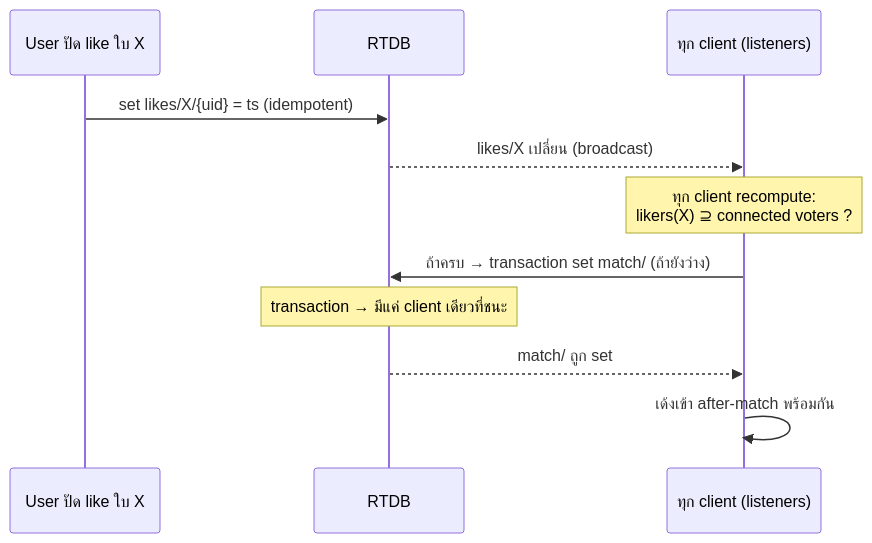
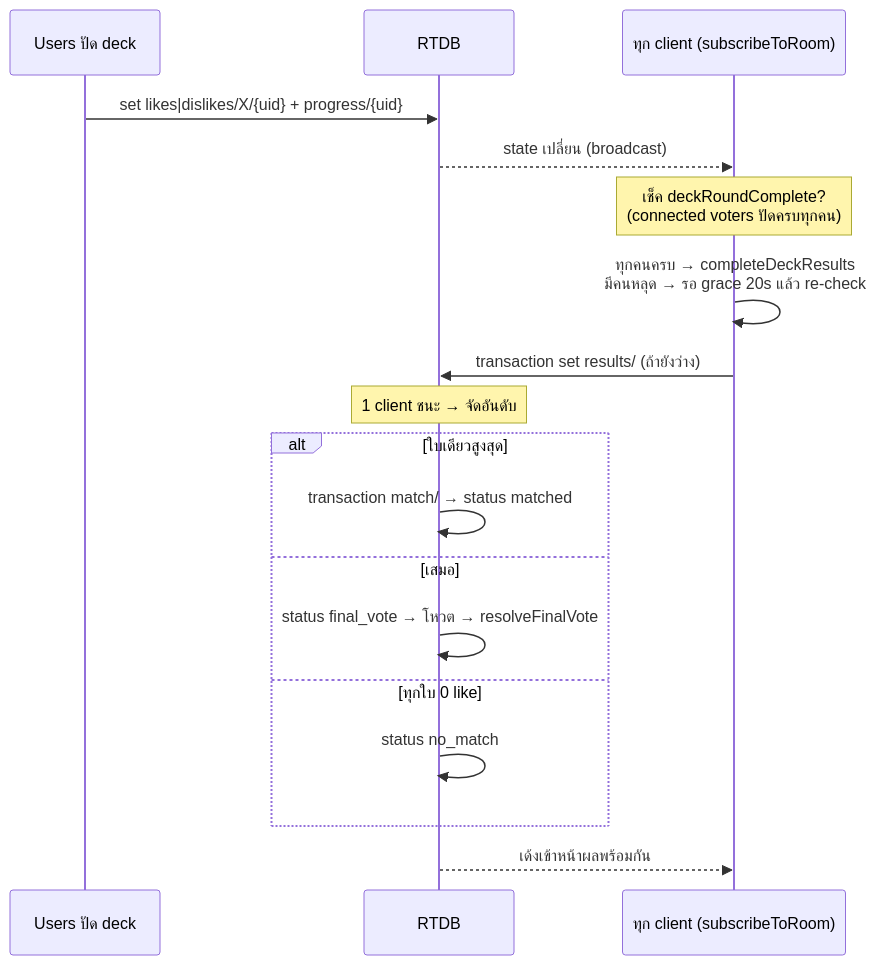
The second of 2 diagrams in .claude/wiki.md (SennaLabs/kin-rai-dee), drawn with Mermaid before and after one commit. The commit also changed other lines of this file and 11 other files, not shown here.

First line of the commit message:
refactor: remove room/restaurant hooks; harden round completion

````diff
--- a/.claude/wiki.md
+++ b/.claude/wiki.md
@@ -239,14 +262,21 @@
 ```mermaid
 sequenceDiagram
-    participant U as User ปัด like ใบ X
+    participant U as Users ปัด deck
     participant DB as RTDB
-    participant All as ทุก client (listeners)
+    participant All as ทุก client (subscribeToRoom)
 
-    U->>DB: set likes/X/{uid} = ts  (idempotent)
-    DB-->>All: likes/X เปลี่ยน (broadcast)
-    Note over All: ทุก client recompute:<br/>likers(X) ⊇ connected voters ?
-    All->>DB: ถ้าครบ → transaction set match/ (ถ้ายังว่าง)
-    Note over DB: transaction → มีแค่ client เดียวที่ชนะ
-    DB-->>All: match/ ถูก set
-    All->>All: เด้งเข้า after-match พร้อมกัน
+    U->>DB: set likes|dislikes/X/{uid} + progress/{uid}
+    DB-->>All: state เปลี่ยน (broadcast)
+    Note over All: เช็ค deckRoundComplete?<br/>(connected voters ปัดครบทุกคน)
+    All->>All: ทุกคนครบ → completeDeckResults<br/>มีคนหลุด → รอ grace 20s แล้ว re-check
+    All->>DB: transaction set results/ (ถ้ายังว่าง)
+    Note over DB: 1 client ชนะ → จัดอันดับ
+    alt ใบเดียวสูงสุด
+        DB->>DB: transaction match/ → status matched
+    else เสมอ
+        DB->>DB: status final_vote → โหวต → resolveFinalVote
+    else ทุกใบ 0 like
+        DB->>DB: status no_match
+    end
+    DB-->>All: เด้งเข้าหน้าผลพร้อมกัน
 ```
````
